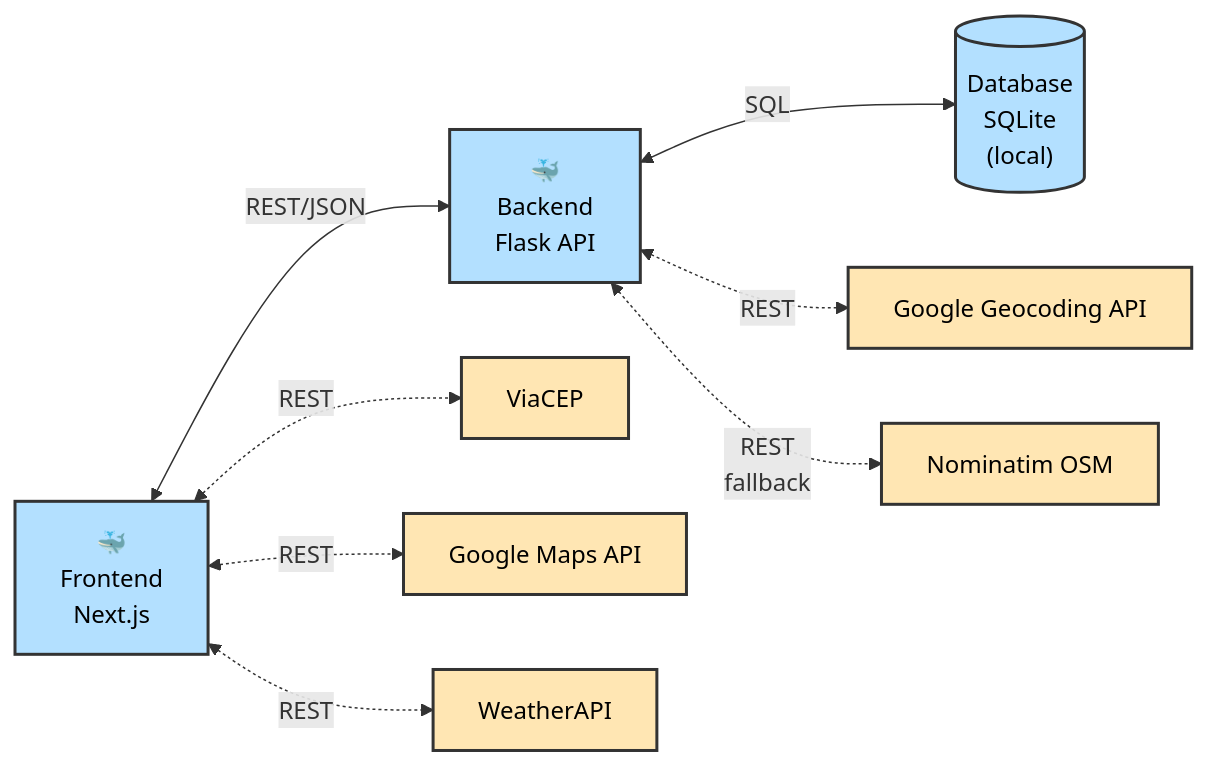
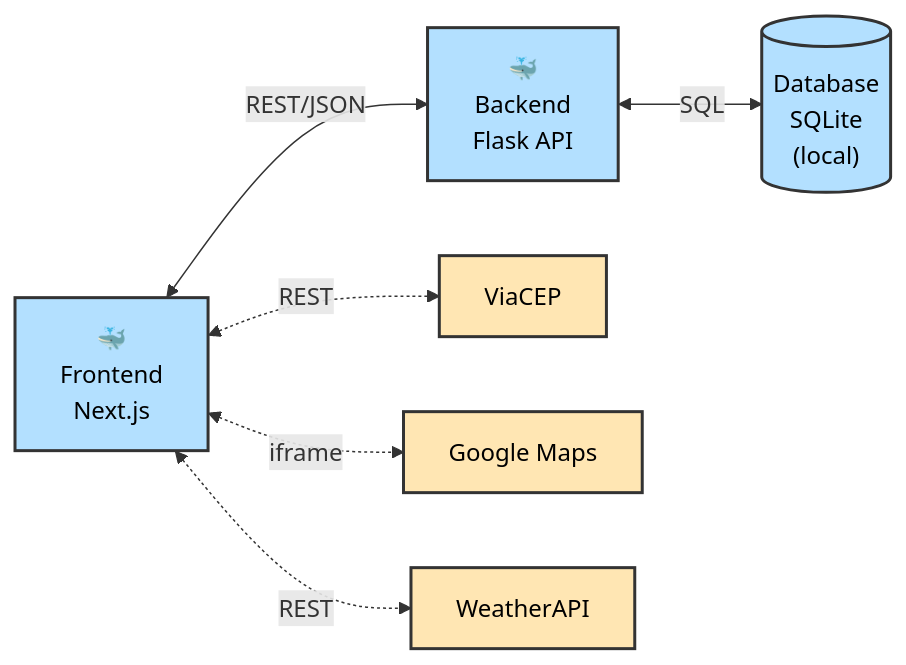
One commit to FernandaFranco/venha-v2-backend changed the diagram in README.md. Above: the diagram before and after it, drawn with Mermaid. The commit also changed other lines of this file, not shown here.

````diff
--- a/README.md
+++ b/README.md
@@ -37,21 +37,16 @@
 ```mermaid
 graph LR
     A["🐳<br/>Frontend<br/>Next.js"] <-->|REST/JSON| B["🐳<br/>Backend<br/>Flask API"]
     B <-->|SQL| C[("Database<br/>SQLite<br/>(local)")]
 
     A <-.->|REST| D[ViaCEP]
-    A <-.->|REST| E[Google Maps API]
+    A <-.->|iframe| E[Google Maps]
     A <-.->|REST| F[WeatherAPI]
-
-    B <-.->|REST| G[Google Geocoding API]
-    B <-.->|REST<br/>fallback| H[Nominatim OSM]
 
     style A fill:#b3e0ff,stroke:#333,stroke-width:2px,color:#000
     style B fill:#b3e0ff,stroke:#333,stroke-width:2px,color:#000
     style C fill:#b3e0ff,stroke:#333,stroke-width:2px,color:#000
     style D fill:#ffe6b3,stroke:#333,stroke-width:2px,color:#000
     style E fill:#ffe6b3,stroke:#333,stroke-width:2px,color:#000
     style F fill:#ffe6b3,stroke:#333,stroke-width:2px,color:#000
-    style G fill:#ffe6b3,stroke:#333,stroke-width:2px,color:#000
-    style H fill:#ffe6b3,stroke:#333,stroke-width:2px,color:#000
 ```
````
